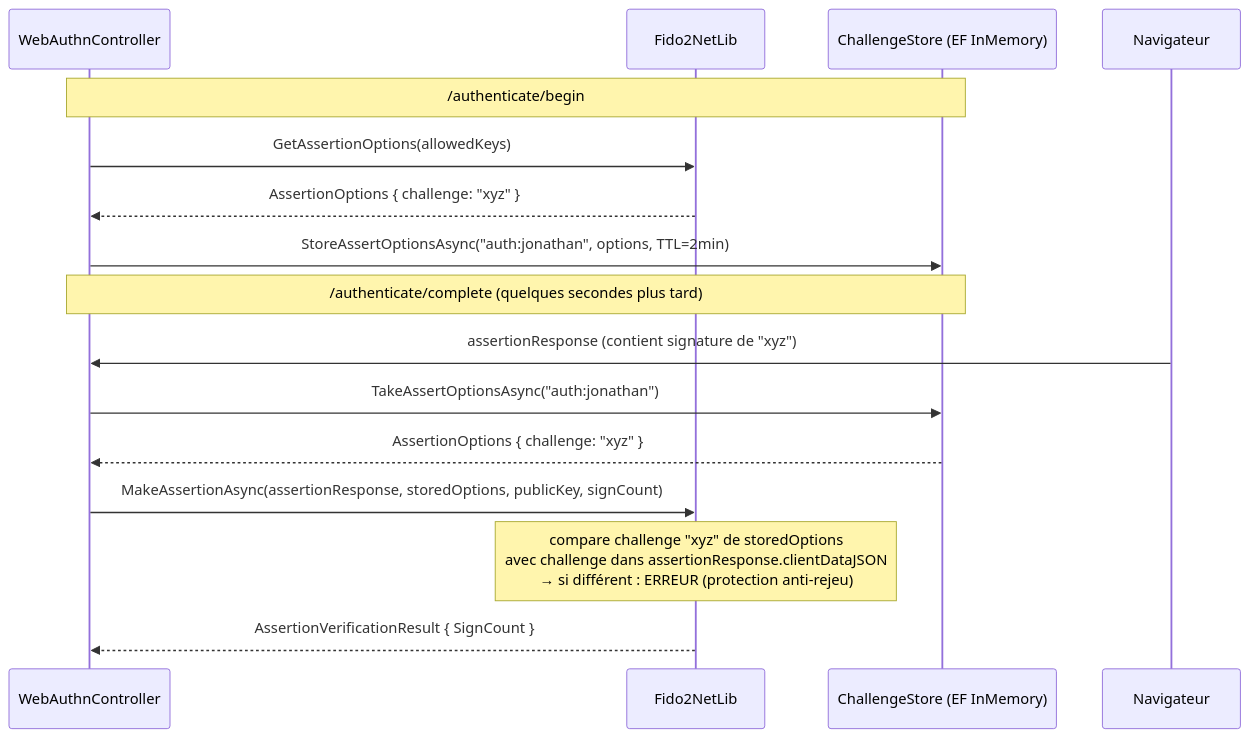
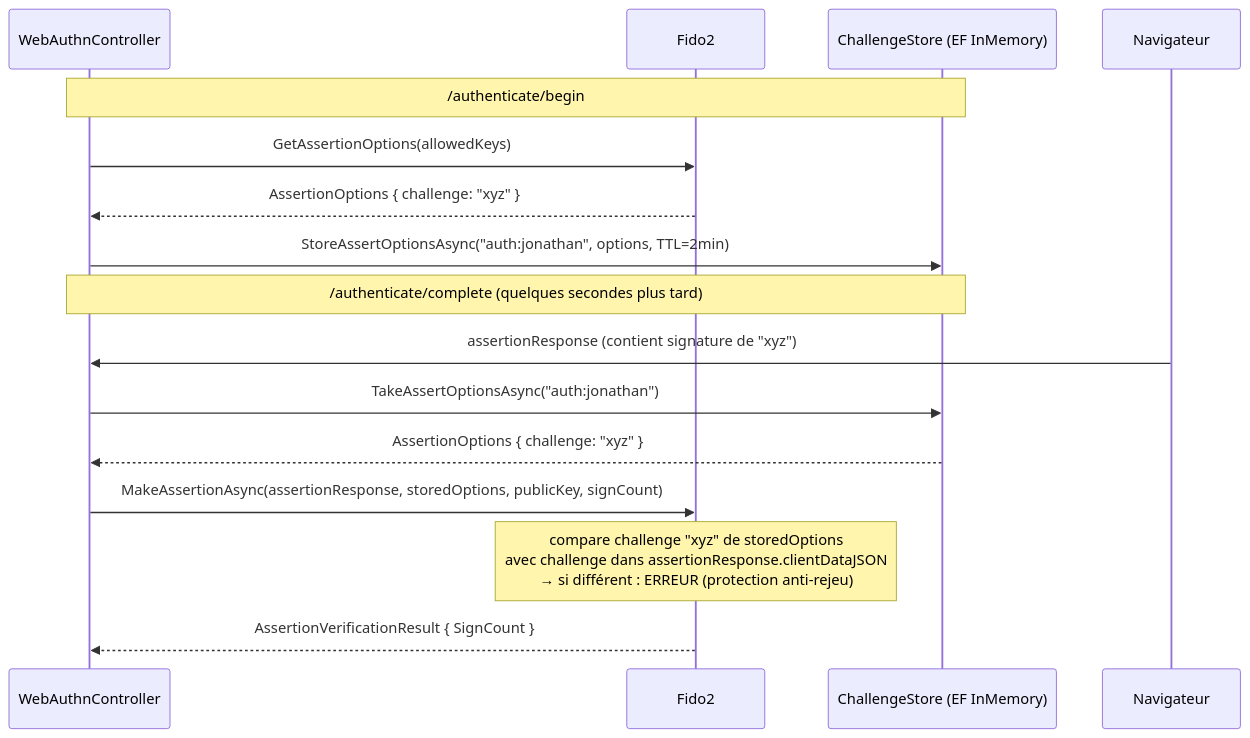
The fifth of 6 diagrams in Documentation/documentation.md (FantasticJoho/authentest), drawn with Mermaid before and after one commit. The commit also changed other lines of this file, not shown here.

Commit message:
fix: update references from Fido2NetLib to Fido2 in documentation

````diff
--- a/Documentation/documentation.md
+++ b/Documentation/documentation.md
@@ -247,20 +247,20 @@
 ```mermaid
 sequenceDiagram
     participant WC as WebAuthnController
-    participant F2 as Fido2NetLib
+    participant F2 as Fido2
     participant CS as ChallengeStore (EF InMemory)
     participant BR as Navigateur
 
     Note over WC,CS: /authenticate/begin
     WC->>F2: GetAssertionOptions(allowedKeys)
     F2-->>WC: AssertionOptions { challenge: "xyz" }
     WC->>CS: StoreAssertOptionsAsync("auth:jonathan", options, TTL=2min)
 
     Note over WC,CS: /authenticate/complete (quelques secondes plus tard)
     BR->>WC: assertionResponse (contient signature de "xyz")
     WC->>CS: TakeAssertOptionsAsync("auth:jonathan")
     CS-->>WC: AssertionOptions { challenge: "xyz" }
     WC->>F2: MakeAssertionAsync(assertionResponse, storedOptions, publicKey, signCount)
     Note over F2: compare challenge "xyz" de storedOptions<br/>avec challenge dans assertionResponse.clientDataJSON<br/>→ si différent : ERREUR (protection anti-rejeu)
     F2-->>WC: AssertionVerificationResult { SignCount }
 ```
````
